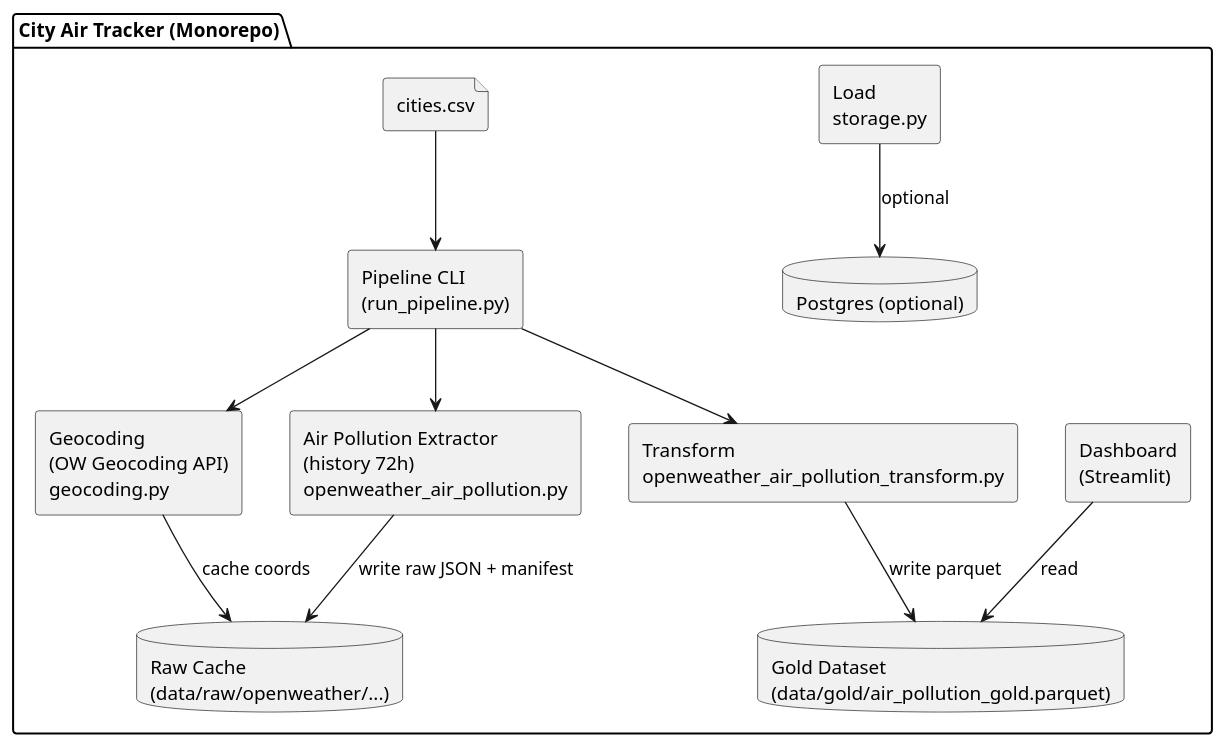
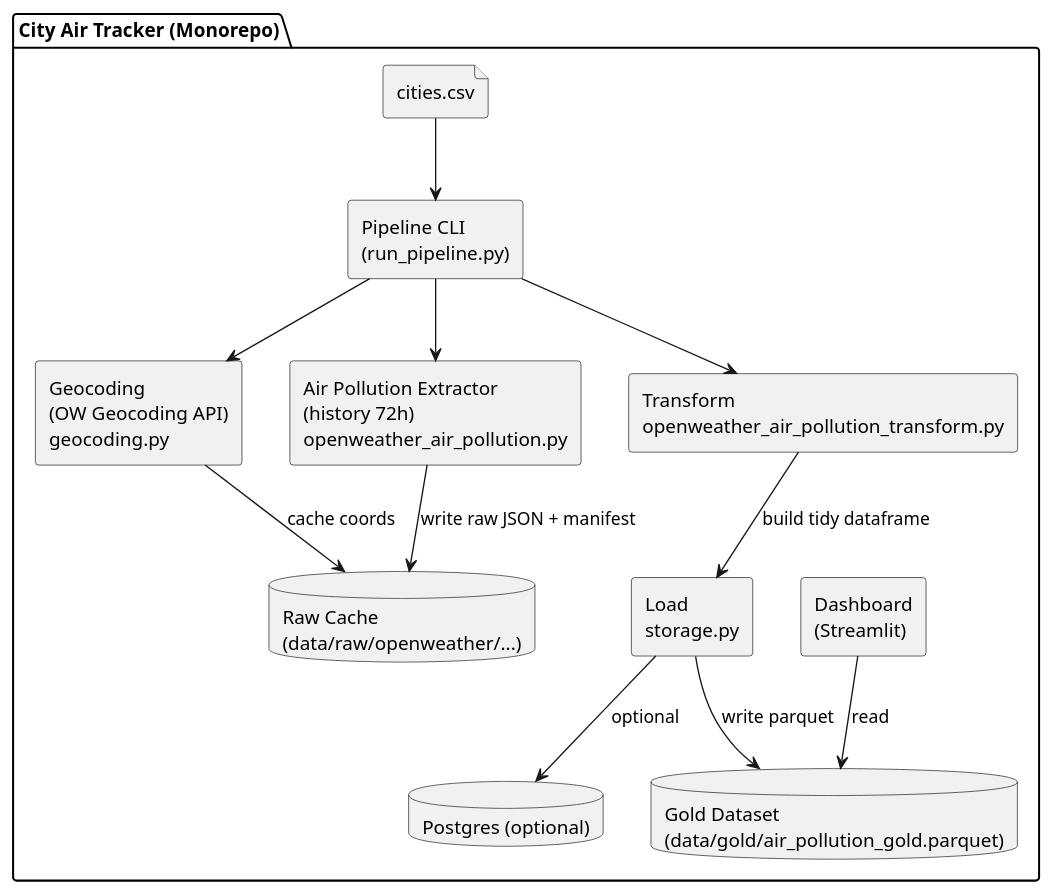
One commit to Code-the-Dream-School/practicum-city-air-tracker changed the first of 2 diagrams in docs/architecture.md. Above: the diagram before and after it, drawn with PlantUML. The commit also changed other lines of this file and 10 other files, not shown here.

````diff
--- a/docs/architecture.md
+++ b/docs/architecture.md
@@ -5,29 +5,30 @@
 ```plantuml
 @startuml
 skinparam componentStyle rectangle
 
 package "City Air Tracker (Monorepo)" {
   [Pipeline CLI\n(run_pipeline.py)] as cli
   component "Geocoding\n(OW Geocoding API)\ngeocoding.py" as geo
   component "Air Pollution Extractor\n(history 72h)\nopenweather_air_pollution.py" as ex
   component "Transform\nopenweather_air_pollution_transform.py" as tr
   component "Load\nstorage.py" as ld
   database "Raw Cache\n(data/raw/openweather/...)" as raw
   database "Gold Dataset\n(data/gold/air_pollution_gold.parquet)" as gold
   database "Postgres (optional)" as pg
   component "Dashboard\n(Streamlit)" as dash
   file "cities.csv" as cities
 }
 
 cities --> cli
 cli --> geo
 geo --> raw : cache coords
 cli --> ex
 ex --> raw : write raw JSON + manifest
 cli --> tr
-tr --> gold : write parquet
+tr --> ld : build tidy dataframe
+ld --> gold : write parquet
 ld --> pg : optional
 dash --> gold : read
 
 @enduml
 ```
````
